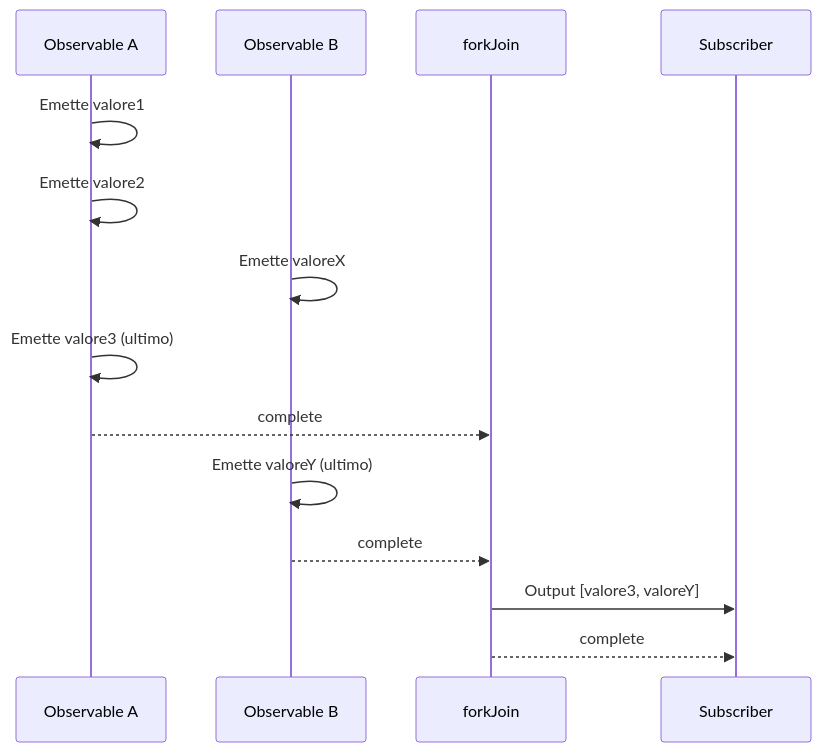
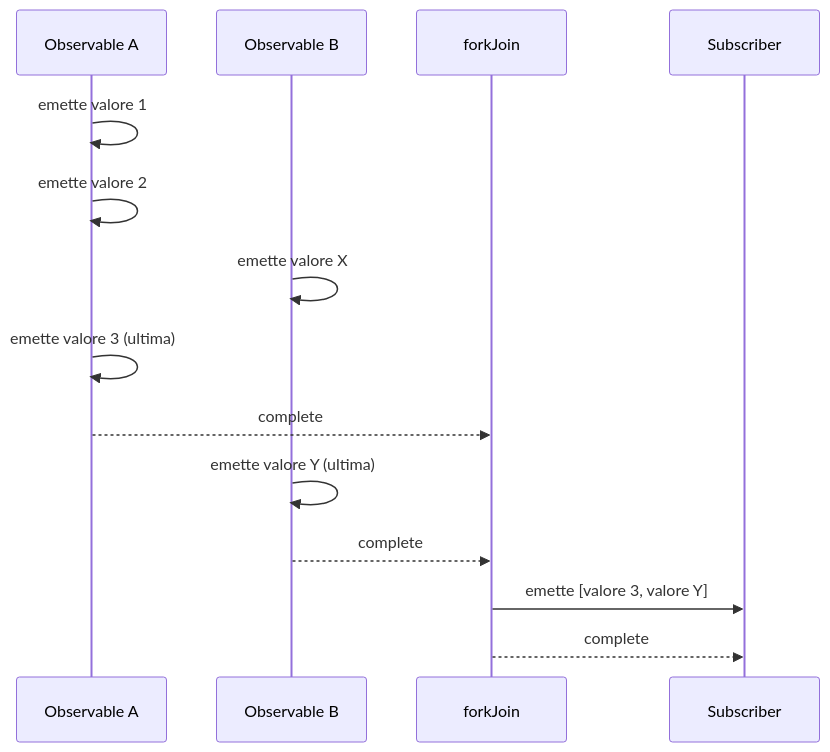
The first of 4 diagrams in docs/it/guide/creation-functions/combination/forkJoin-vs-combineLatest.md (shuji-bonji/RxJS-with-TypeScript), drawn with Mermaid before and after one commit. The commit also changed other lines of this file and 6 other files, not shown here.

````diff
--- a/docs/it/guide/creation-functions/combination/forkJoin-vs-combineLatest.md
+++ b/docs/it/guide/creation-functions/combination/forkJoin-vs-combineLatest.md
@@ -34,17 +35,17 @@
 ```mermaid
 sequenceDiagram
     participant A as Observable A
     participant B as Observable B
     participant F as forkJoin
     participant S as Subscriber
 
-    A->>A: Emette valore1
-    A->>A: Emette valore2
-    B->>B: Emette valoreX
-    A->>A: Emette valore3 (ultimo)
+    A->>A: emette valore 1
+    A->>A: emette valore 2
+    B->>B: emette valore X
+    A->>A: emette valore 3 (ultima)
     A-->>F: complete
-    B->>B: Emette valoreY (ultimo)
+    B->>B: emette valore Y (ultima)
     B-->>F: complete
-    F->>S: Output [valore3, valoreY]
+    F->>S: emette [valore 3, valore Y]
     F-->>S: complete
 ```
````
